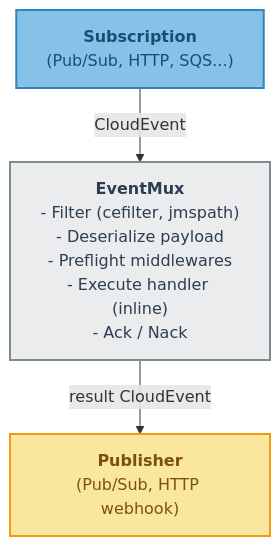
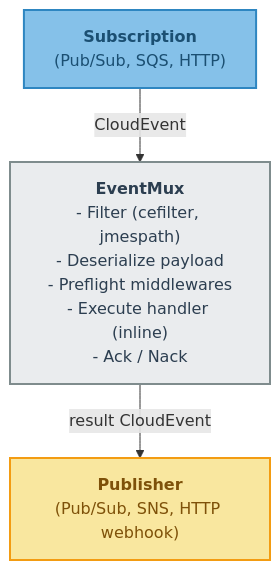
Before and after one commit to norlis/event-driven: the first of 2 diagrams in README.md, drawn with Mermaid. The commit also changed other lines of this file and 1 other file, not shown here.

````diff
--- a/README.md
+++ b/README.md
@@ -92,13 +95,13 @@
 ```mermaid
 flowchart TD
     classDef subscriber fill:#85C1E9,stroke:#2E86C1,stroke-width:2px,color:#1B4F72
     classDef mux fill:#EAECEE,stroke:#7F8C8D,stroke-width:2px,color:#2C3E50
     classDef publisher fill:#F9E79F,stroke:#F39C12,stroke-width:2px,color:#7E5109
 
-    A["<b>Subscription</b><br/>(Pub/Sub, HTTP, SQS...)"]:::subscriber
-    B["<b>EventMux</b><br/>- Filter (cefilter, jmspath)<br/>- Deserialize payload<br/>- Preflight middlewares<br/>- Execute handler (inline)<br/>- Ack / Nack"]:::mux
-    C["<b>Publisher</b><br/>(Pub/Sub, HTTP webhook)"]:::publisher
+    A["<b>Subscription</b><br/>(Pub/Sub, SQS, HTTP)"]:::subscriber
+    B["<b>EventMux</b><br/>- Filter (cefilter, jmespath)<br/>- Deserialize payload<br/>- Preflight middlewares<br/>- Execute handler (inline)<br/>- Ack / Nack"]:::mux
+    C["<b>Publisher</b><br/>(Pub/Sub, SNS, HTTP webhook)"]:::publisher
 
     A -- "CloudEvent" --> B
     B -- "result CloudEvent" --> C
 ```
````
